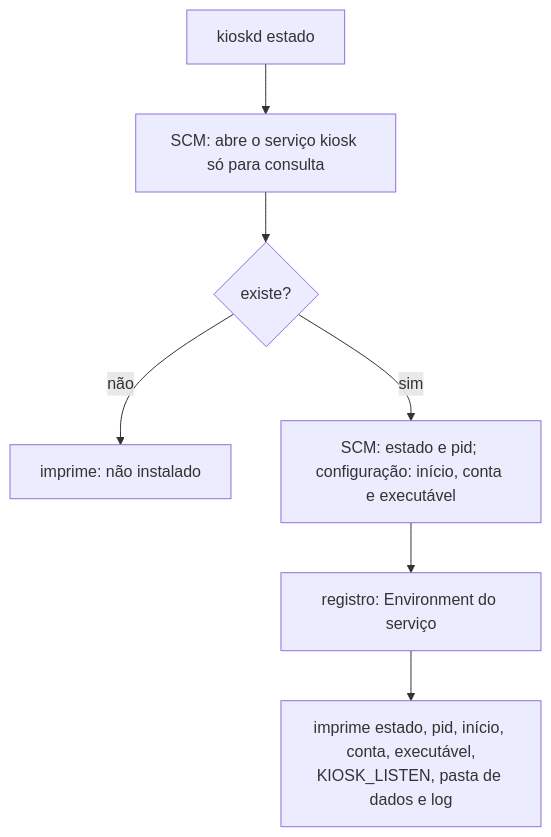
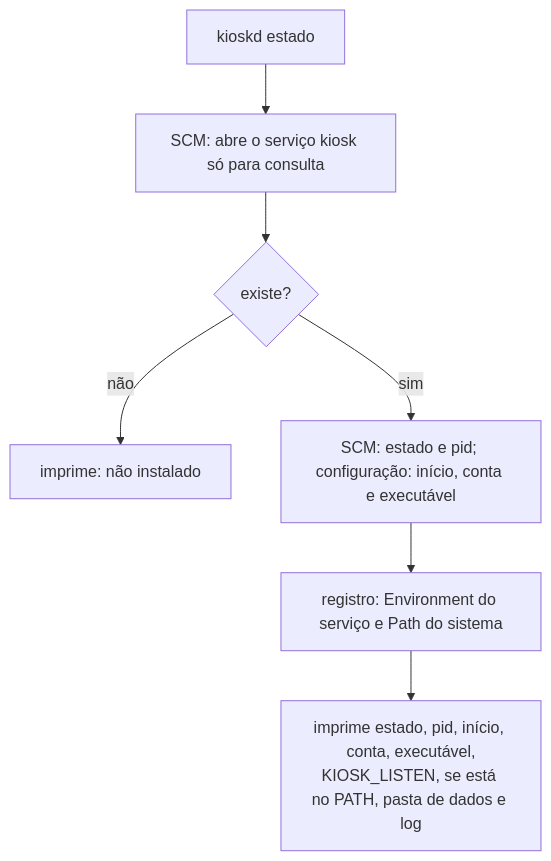
One commit to jefersonlop3s/kiosk-engine changed diagram 20 of 28 in docs/architecture/fluxos-dos-comandos.md. Above: the diagram before and after it, drawn with Mermaid. The commit also changed other lines of this file and 9 other files, not shown here.

First line of the commit message:
feat(windows): instalar põe a pasta do kiosk no PATH do sistema

````diff
--- a/docs/architecture/fluxos-dos-comandos.md
+++ b/docs/architecture/fluxos-dos-comandos.md
@@ -309,9 +311,9 @@
 ```mermaid
 flowchart TD
     A["kioskd estado"] --> B["SCM: abre o serviço kiosk só para consulta"]
     B --> C{"existe?"}
     C -->|não| R1["imprime: não instalado"]
     C -->|sim| D["SCM: estado e pid; configuração: início, conta e executável"]
-    D --> E["registro: Environment do serviço"]
-    E --> R2["imprime estado, pid, início, conta, executável,<br/>KIOSK_LISTEN, pasta de dados e log"]
+    D --> E["registro: Environment do serviço e Path do sistema"]
+    E --> R2["imprime estado, pid, início, conta, executável,<br/>KIOSK_LISTEN, se está no PATH, pasta de dados e log"]
 ```
````
